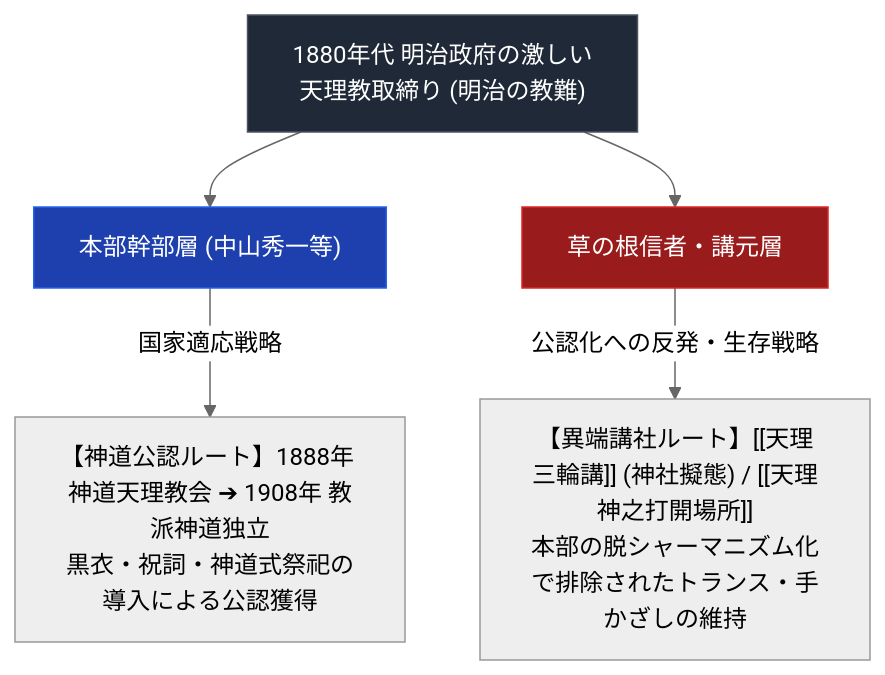
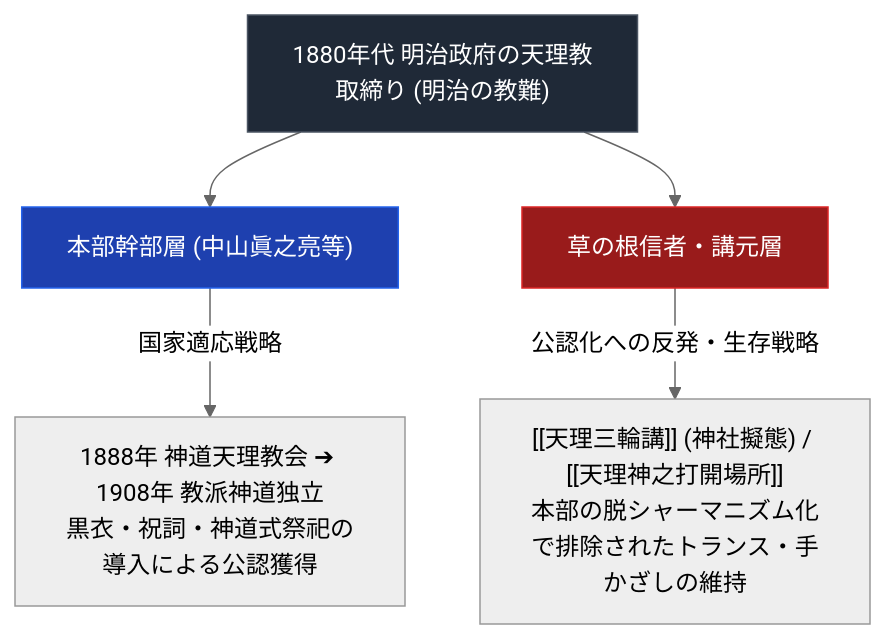
Before and after one commit to iida-masashi/religion-garden: the diagram in content/01_宗派・異端研究/10_概念・原典・事件・拠点/明治の教難と教派神道独立.md, drawn with Mermaid (neutral theme). The commit also changed other lines of this file and 251 other files, not shown here.

````diff
--- a/content/01_宗派・異端研究/10_概念・原典・事件・拠点/明治の教難と教派神道独立.md
+++ b/content/01_宗派・異端研究/10_概念・原典・事件・拠点/明治の教難と教派神道独立.md
@@ -23,13 +23,13 @@
 ```mermaid
 graph TD
-    A["<div style='color:#ffffff;'>1880年代 明治政府の激しい天理教取締り (明治の教難)</div>"] --> B1["<div style='color:#ffffff;'>本部幹部層 (中山秀一等)</div>"]
-    
-    B1 -->|国家適応戦略| C1["【神道公認ルート】1888年 神道天理教会 ➔ 1908年 教派神道独立<br>黒衣・祝詞・神道式祭祀の導入による公認獲得"]
-    
-    A --> B2["<div style='color:#ffffff;'>草の根信者・講元層</div>"]
-    B2 -->|公認化への反発・生存戦略| C2["【異端講社ルート】[[天理三輪講]] (神社擬態) / [[天理神之打開場所]]<br>本部の脱シャーマニズム化で排除されたトランス・手かざしの維持"]
-    
-    style A fill:#1f2937,stroke:#4b5563,color:#fff
-    style B1 fill:#1e40af,stroke:#2563eb,color:#fff
-    style B2 fill:#991b1b,stroke:#dc2626,color:#fff
+A["<div style='color:#ffffff;'>1880年代 明治政府の天理教取締り (明治の教難)</div>"] --> B1["<div style='color:#ffffff;'>本部幹部層 (中山眞之亮等)</div>"]
+
+B1 -->|国家適応戦略| C1["1888年 神道天理教会 ➔ 1908年 教派神道独立<br>黒衣・祝詞・神道式祭祀の導入による公認獲得"]
+
+A --> B2["<div style='color:#ffffff;'>草の根信者・講元層</div>"]
+B2 -->|公認化への反発・生存戦略| C2["[[天理三輪講]] (神社擬態) / [[天理神之打開場所]]<br>本部の脱シャーマニズム化で排除されたトランス・手かざしの維持"]
+
+style A fill:#1f2937,stroke:#4b5563,color:#fff
+style B1 fill:#1e40af,stroke:#2563eb,color:#fff
+style B2 fill:#991b1b,stroke:#dc2626,color:#fff
 ```
````
